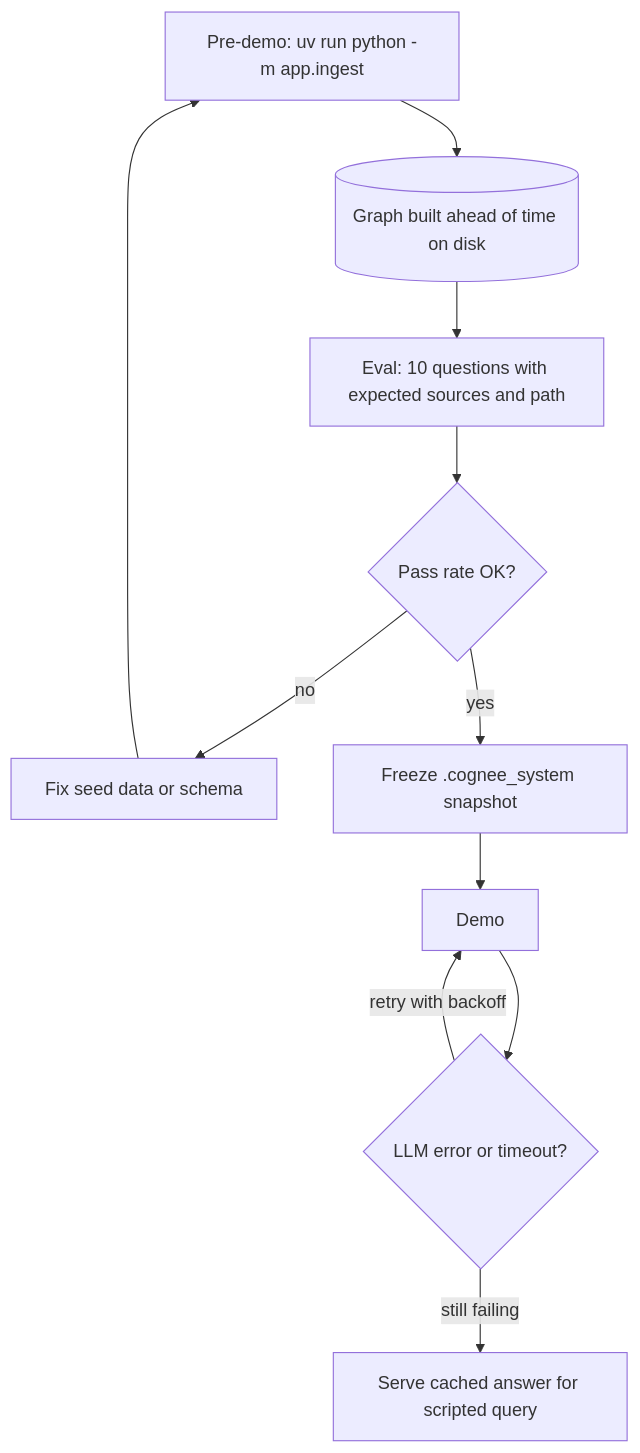
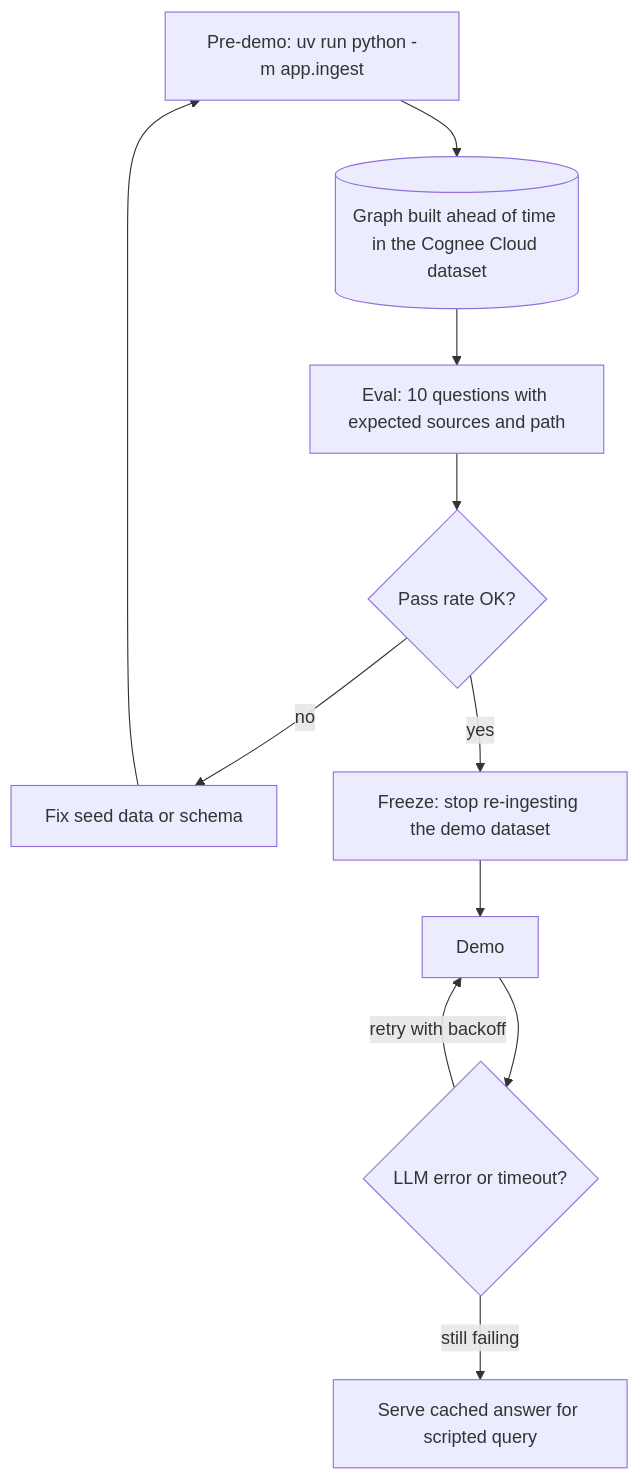
The sixth of 6 diagrams in docs/architecture.md (icyzh/cognee_brain), drawn with Mermaid before and after one commit. The commit also changed other lines of this file and 23 other files, not shown here.

First line of the commit message:
Phase 0: Cognee Cloud spike, backend skeleton, /ask types

````diff
--- a/docs/architecture.md
+++ b/docs/architecture.md
@@ -319,13 +324,13 @@
 ```mermaid
 flowchart TB
-    A["Pre-demo: uv run python -m app.ingest"] --> B[("Graph built ahead of time on disk")]
+    A["Pre-demo: uv run python -m app.ingest"] --> B[("Graph built ahead of time in the Cognee Cloud dataset")]
     B --> C["Eval: 10 questions with expected sources and path"]
     C --> D{"Pass rate OK?"}
     D -- no --> E["Fix seed data or schema"]
     E --> A
-    D -- yes --> F["Freeze .cognee_system snapshot"]
+    D -- yes --> F["Freeze: stop re-ingesting the demo dataset"]
     F --> G["Demo"]
     G --> H{"LLM error or timeout?"}
     H -- retry with backoff --> G
     H -- still failing --> I["Serve cached answer for scripted query"]
 ```
````
